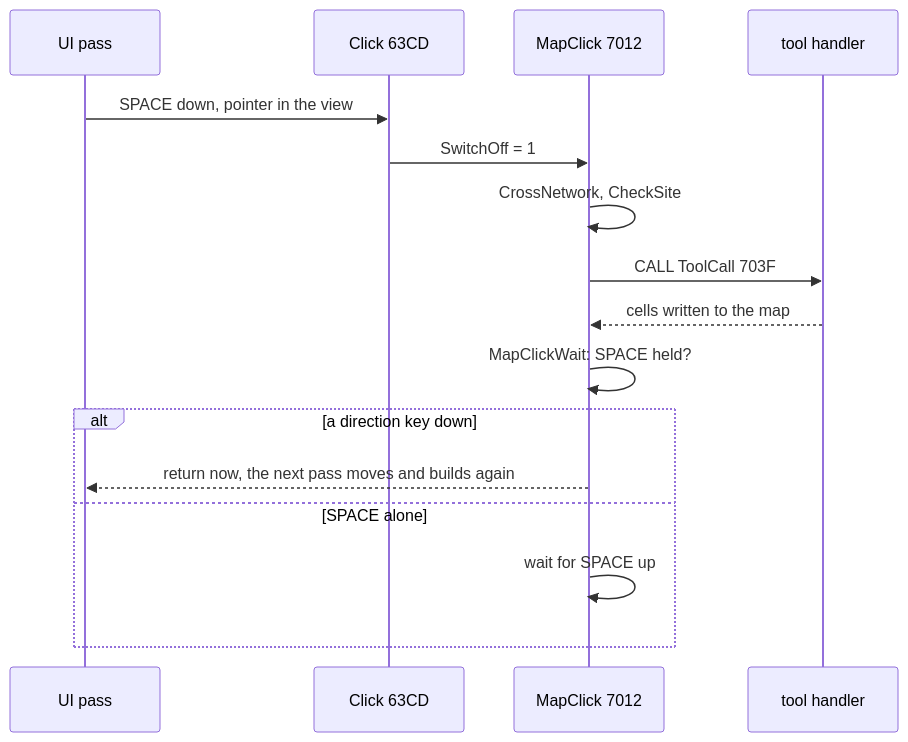
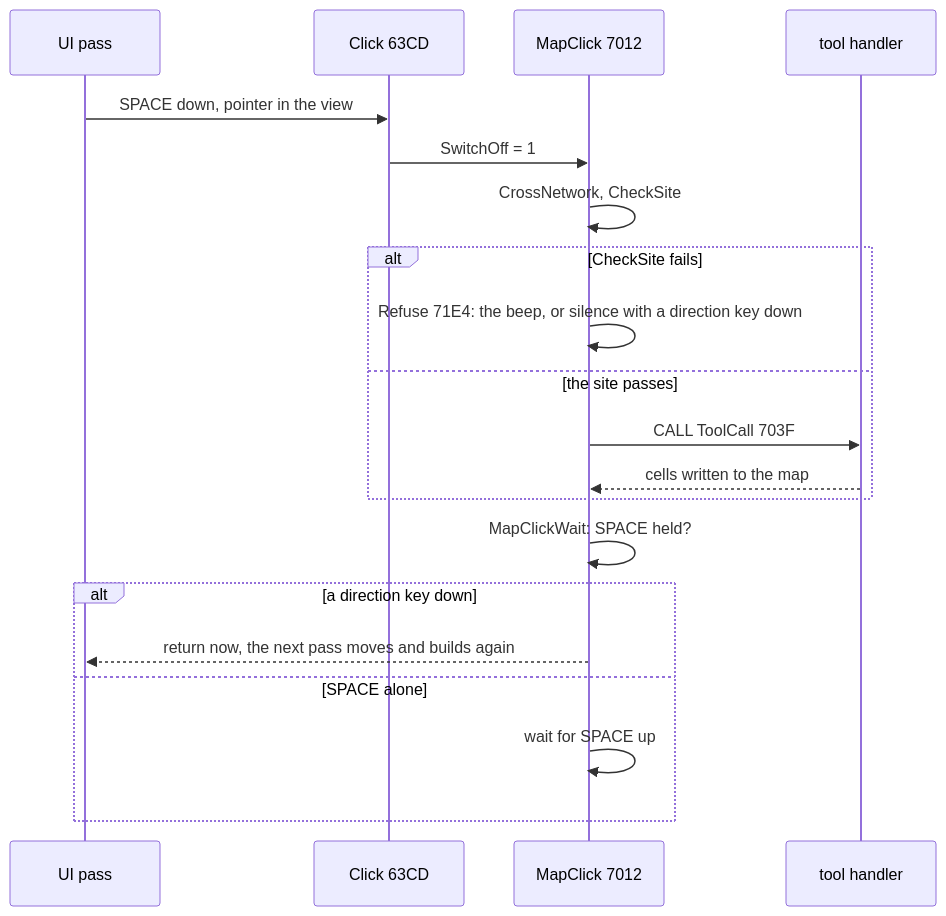
Before and after one commit to alfishe/unrealng-reverse-cases: the eighth of 12 diagrams in games/simcity/docs/05-controls.md, drawn with Mermaid. The commit also changed other lines of this file and 32 other files, not shown here.

Commit message:
SimCity: review round 2 fixes (maps window, stack depths, tornado map animation, sim passes, port readers, power plant overflow, map edges)

````diff
--- a/games/simcity/docs/05-controls.md
+++ b/games/simcity/docs/05-controls.md
@@ -862,18 +888,22 @@
 ```mermaid
 sequenceDiagram
     participant U as UI pass
     participant C as Click 63CD
     participant M as MapClick 7012
     participant H as tool handler
     U->>C: SPACE down, pointer in the view
     C->>M: SwitchOff = 1
     M->>M: CrossNetwork, CheckSite
-    M->>H: CALL ToolCall 703F
-    H-->>M: cells written to the map
+    alt CheckSite fails
+        M->>M: Refuse 71E4: the beep, or silence with a direction key down
+    else the site passes
+        M->>H: CALL ToolCall 703F
+        H-->>M: cells written to the map
+    end
     M->>M: MapClickWait: SPACE held?
     alt a direction key down
         M-->>U: return now, the next pass moves and builds again
     else SPACE alone
         M->>M: wait for SPACE up
     end
 ```
````
